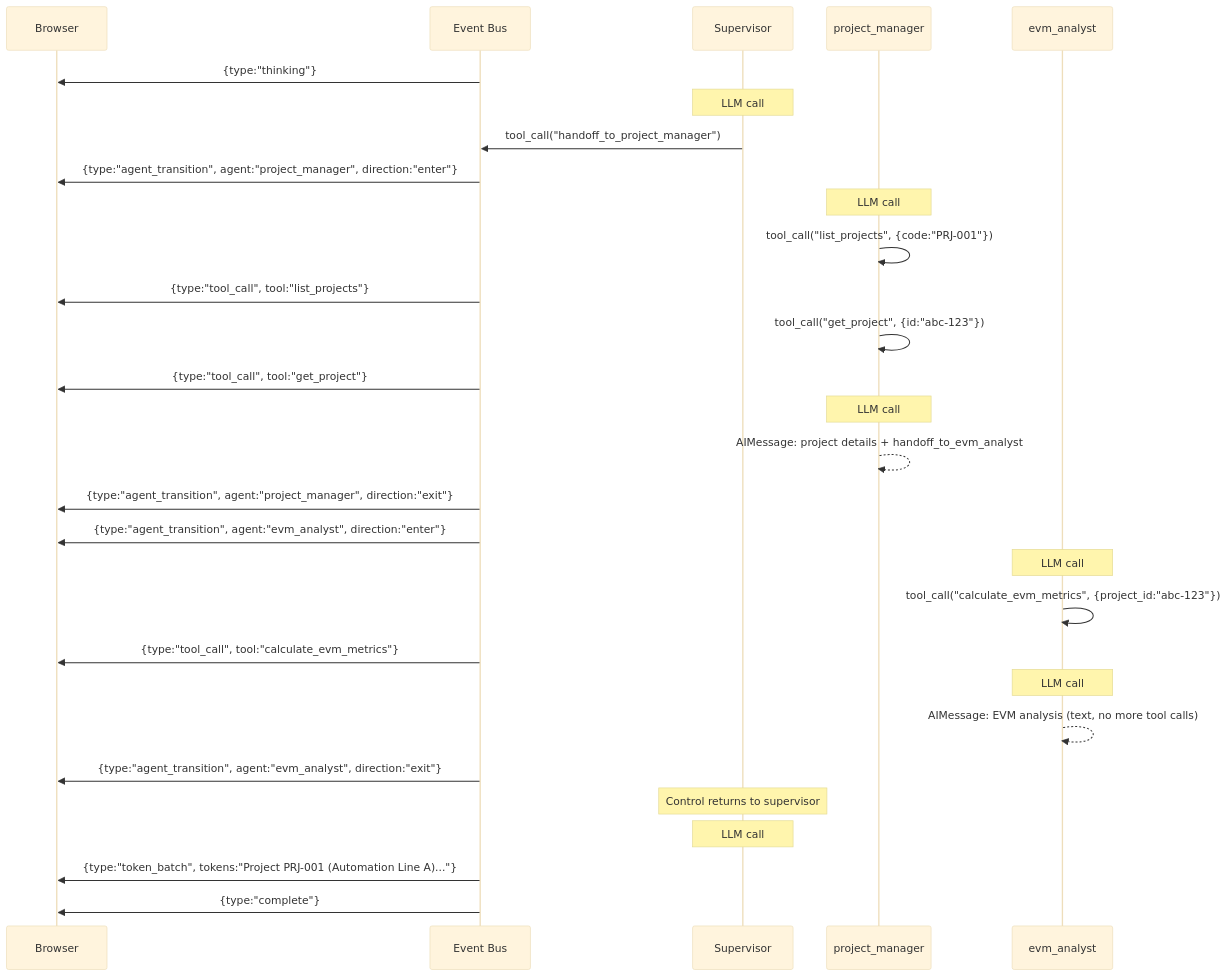
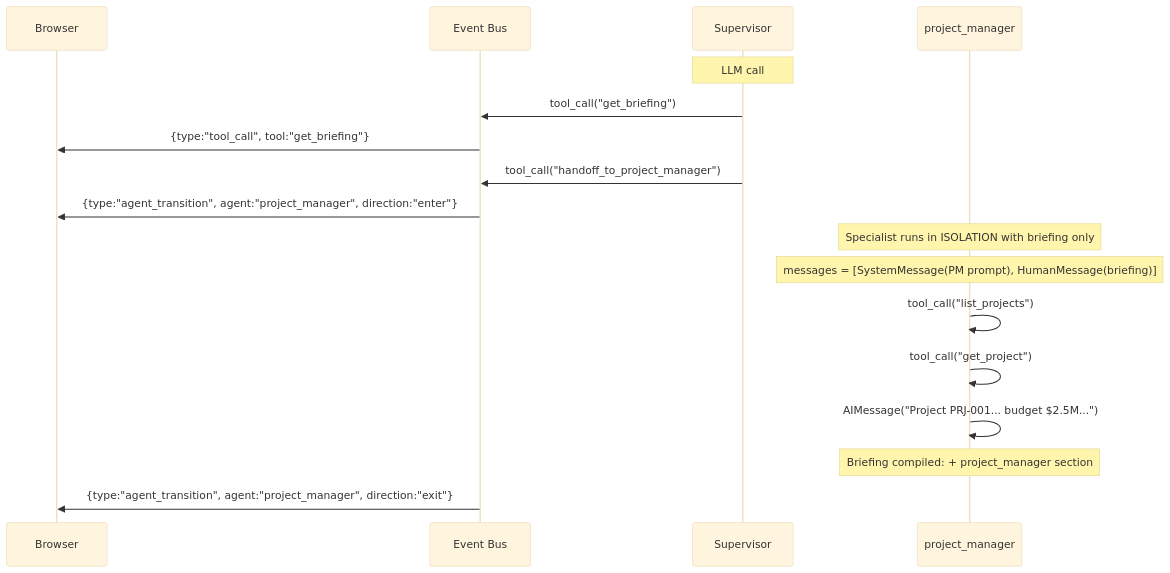
One commit to ogghst/backcast changed the fourth of 6 diagrams in docs/02-architecture/ai/supervisor-orchestrator.md. Above: the diagram before and after it, drawn with Mermaid (base theme). The commit also changed other lines of this file and 45 other files, not shown here.

````diff
--- a/docs/02-architecture/ai/supervisor-orchestrator.md
+++ b/docs/02-architecture/ai/supervisor-orchestrator.md
@@ -379,37 +415,22 @@
 ```mermaid
 sequenceDiagram
     participant B as Browser
     participant EB as Event Bus
     participant SUP as Supervisor
     participant PM as project_manager
-    participant EA as evm_analyst
 
-    EB->>B: {type:"thinking"}
-    Note over SUP: LLM call #1: sees user message + handoff tools
+    Note over SUP: LLM call #1: sees system prompt + handoff tools
+    SUP->>EB: tool_call("get_briefing")
+    EB->>B: {type:"tool_call", tool:"get_briefing"}
     SUP->>EB: tool_call("handoff_to_project_manager")
     EB->>B: {type:"agent_transition", agent:"project_manager", direction:"enter"}
 
-    Note over PM: LLM call #1: sees full messages + project tools
-    PM->>PM: tool_call("list_projects", {code:"PRJ-001"})
-    EB->>B: {type:"tool_call", tool:"list_projects"}
-    PM->>PM: tool_call("get_project", {id:"abc-123"})
-    EB->>B: {type:"tool_call", tool:"get_project"}
+    Note over PM: Specialist runs in ISOLATION with briefing only
+    Note over PM: messages = [SystemMessage(PM prompt), HumanMessage(briefing)]
+    PM->>PM: tool_call("list_projects")
+    PM->>PM: tool_call("get_project")
+    PM->>PM: AIMessage("Project PRJ-001... budget $2.5M...")
 
-    Note over PM: LLM call #2: tool results in messages
-    PM-->>PM: AIMessage: project details + handoff_to_evm_analyst
+    Note over PM: Briefing compiled: + project_manager section
     EB->>B: {type:"agent_transition", agent:"project_manager", direction:"exit"}
-    EB->>B: {type:"agent_transition", agent:"evm_analyst", direction:"enter"}
-
-    Note over EA: LLM call #1: sees ALL messages (user + PM's work)
-    EA->>EA: tool_call("calculate_evm_metrics", {project_id:"abc-123"})
-    EB->>B: {type:"tool_call", tool:"calculate_evm_metrics"}
-
-    Note over EA: LLM call #2: metrics in context
-    EA-->>EA: AIMessage: EVM analysis (text, no more tool calls)
-    EB->>B: {type:"agent_transition", agent:"evm_analyst", direction:"exit"}
-
-    Note over SUP: Control returns to supervisor
-    Note over SUP: LLM call #2: synthesizes specialist outputs
-    EB->>B: {type:"token_batch", tokens:"Project PRJ-001 (Automation Line A)..."}
-    EB->>B: {type:"complete"}
 ```
````
